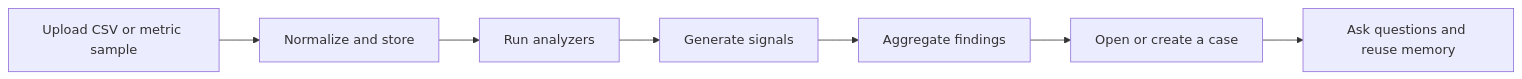
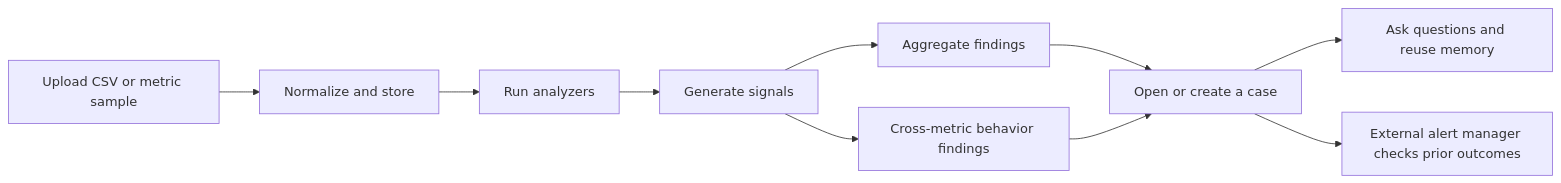
One commit to ramprasadgk9/ops-signals changed the diagram in README.md. Above: the diagram before and after it, drawn with Mermaid. The commit also changed other lines of this file, not shown here.

````diff
--- a/README.md
+++ b/README.md
@@ -96,9 +101,12 @@
 ```mermaid
 flowchart LR
   A[Upload CSV or metric sample] --> B[Normalize and store]
   B --> C[Run analyzers]
   C --> D[Generate signals]
   D --> E[Aggregate findings]
+  D --> E2[Cross-metric behavior findings]
   E --> F[Open or create a case]
+  E2 --> F
   F --> G[Ask questions and reuse memory]
+  F --> H[External alert manager checks prior outcomes]
 ```
````
